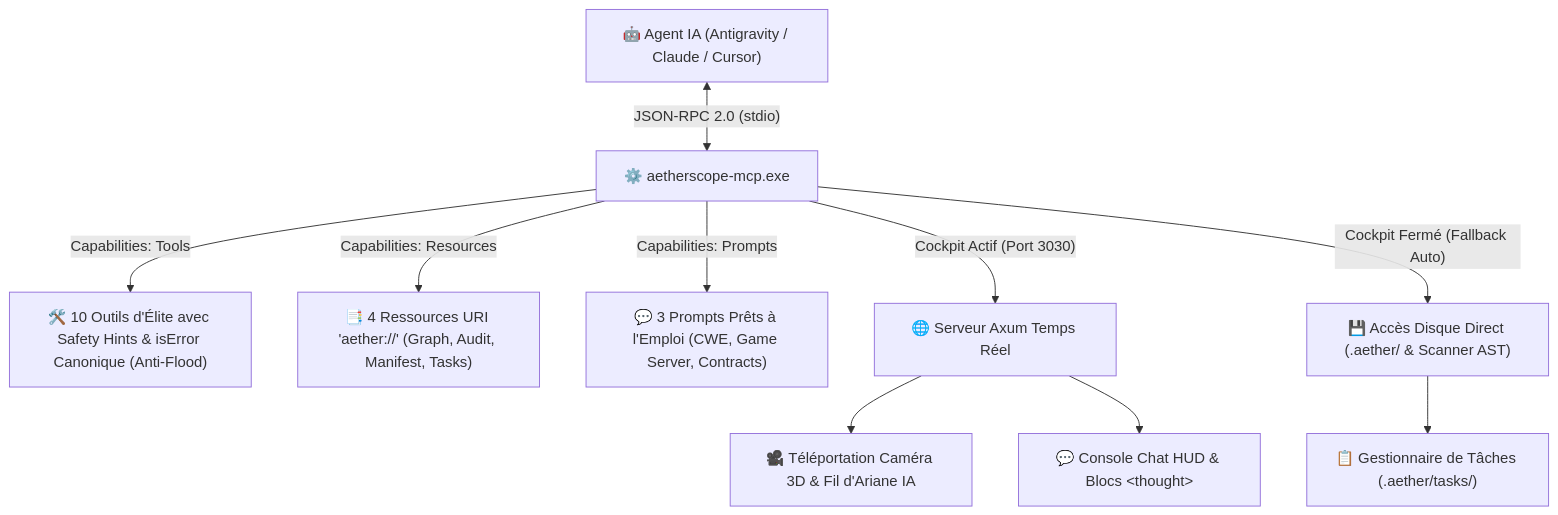
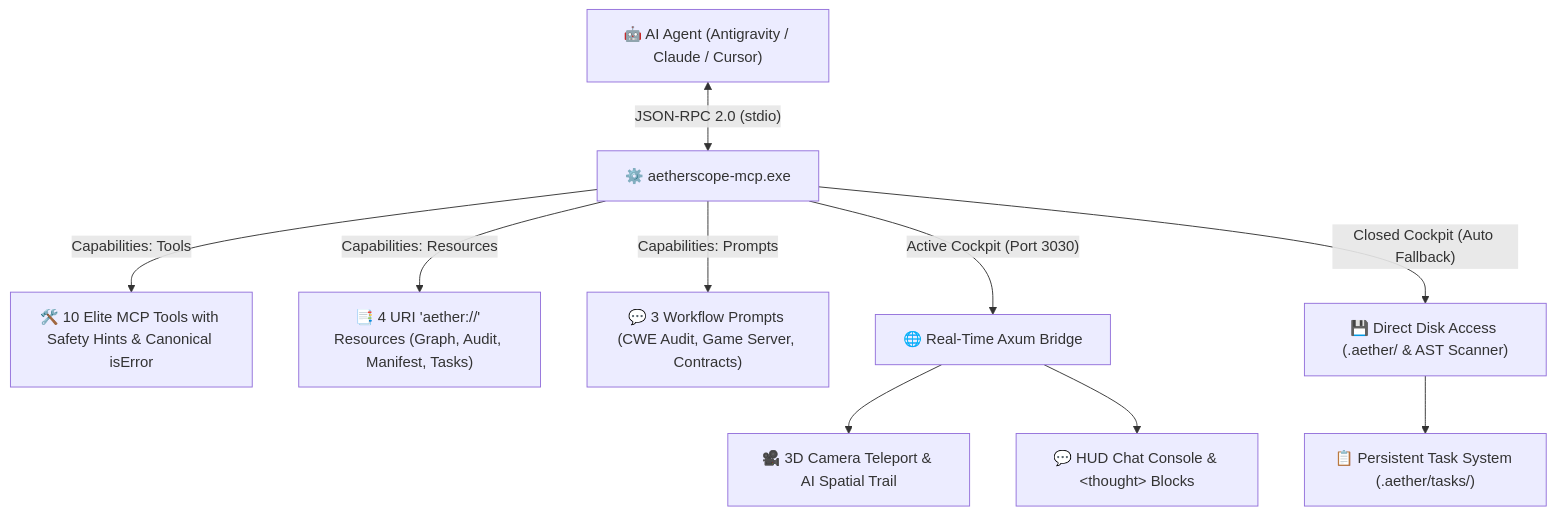
One commit to maxxwwim/AetherSAST-150-CWE-MCP changed the second of 2 diagrams in README.md. Above: the diagram before and after it, drawn with Mermaid. The commit also changed other lines of this file and 3 other files, not shown here.

````diff
--- a/README.md
+++ b/README.md
@@ -302,12 +302,12 @@
 ```mermaid
 flowchart TD
-    AI["🤖 Agent IA (Antigravity / Claude / Cursor)"] <-->|"JSON-RPC 2.0 (stdio)"| MCP["⚙️ aetherscope-mcp.exe"]
-    MCP -->|"Capabilities: Tools"| TOOLS["🛠️ 10 Outils d'Élite avec Safety Hints & isError Canonique (Anti-Flood)"]
-    MCP -->|"Capabilities: Resources"| RES["📑 4 Ressources URI 'aether://' (Graph, Audit, Manifest, Tasks)"]
-    MCP -->|"Capabilities: Prompts"| PROMPTS["💬 3 Prompts Prêts à l'Emploi (CWE, Game Server, Contracts)"]
-    MCP -->|"Cockpit Actif (Port 3030)"| LIVE["🌐 Serveur Axum Temps Réel"]
-    MCP -->|"Cockpit Fermé (Fallback Auto)"| DISK["💾 Accès Disque Direct (.aether/ & Scanner AST)"]
-    LIVE --> CAM["🎥 Téléportation Caméra 3D & Fil d'Ariane IA"]
-    LIVE --> CHAT["💬 Console Chat HUD & Blocs &lt;thought&gt;"]
-    DISK --> TASKS["📋 Gestionnaire de Tâches (.aether/tasks/)"]
+    AI["🤖 AI Agent (Antigravity / Claude / Cursor)"] <-->|"JSON-RPC 2.0 (stdio)"| MCP["⚙️ aetherscope-mcp.exe"]
+    MCP -->|"Capabilities: Tools"| TOOLS["🛠️ 10 Elite MCP Tools with Safety Hints & Canonical isError"]
+    MCP -->|"Capabilities: Resources"| RES["📑 4 URI 'aether://' Resources (Graph, Audit, Manifest, Tasks)"]
+    MCP -->|"Capabilities: Prompts"| PROMPTS["💬 3 Workflow Prompts (CWE Audit, Game Server, Contracts)"]
+    MCP -->|"Active Cockpit (Port 3030)"| LIVE["🌐 Real-Time Axum Bridge"]
+    MCP -->|"Closed Cockpit (Auto Fallback)"| DISK["💾 Direct Disk Access (.aether/ & AST Scanner)"]
+    LIVE --> CAM["🎥 3D Camera Teleport & AI Spatial Trail"]
+    LIVE --> CHAT["💬 HUD Chat Console & &lt;thought&gt; Blocks"]
+    DISK --> TASKS["📋 Persistent Task System (.aether/tasks/)"]
 ```
````
